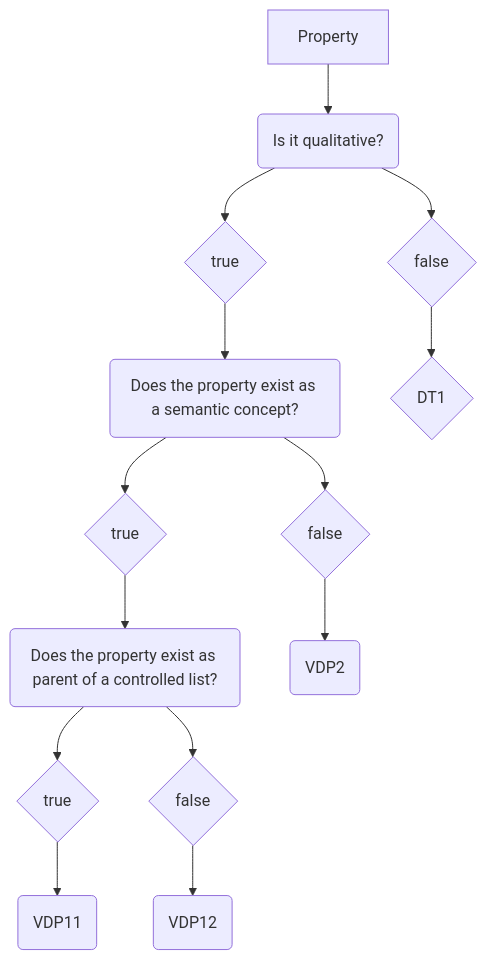
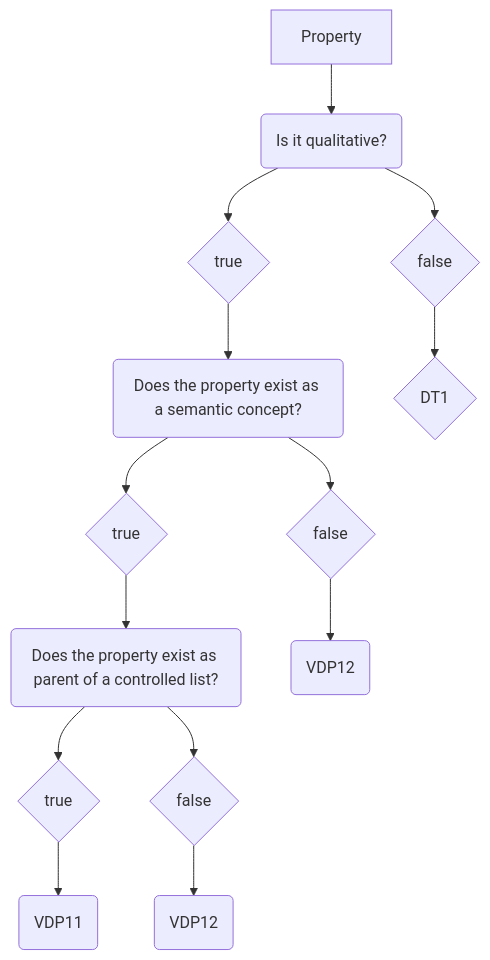
Before and after one commit to mabablue/I-ADOPT-patterns-playground: the diagram in Decisition_trees/DT0.mmd, drawn with Mermaid.

```diff
--- a/Decisition_trees/DT0.mmd
+++ b/Decisition_trees/DT0.mmd
@@ -1,14 +1,14 @@
 flowchart TD
     A[Property] --> B(Is it qualitative?)
     B --> C{true}
     B --> D{false}
     C --> E(Does the property exist as a semantic concept?) 
     E --> F{true}
     E --> G{false}
     F --> H(Does the property exist as parent of a controlled list?)
     D --> I{DT1} 
-    G --> J(VDP2)
+    G --> J(VDP12)
     H --> L{true}
     L --> M(VDP11)
     H --> N{false}
     N --> O(VDP12)
```
